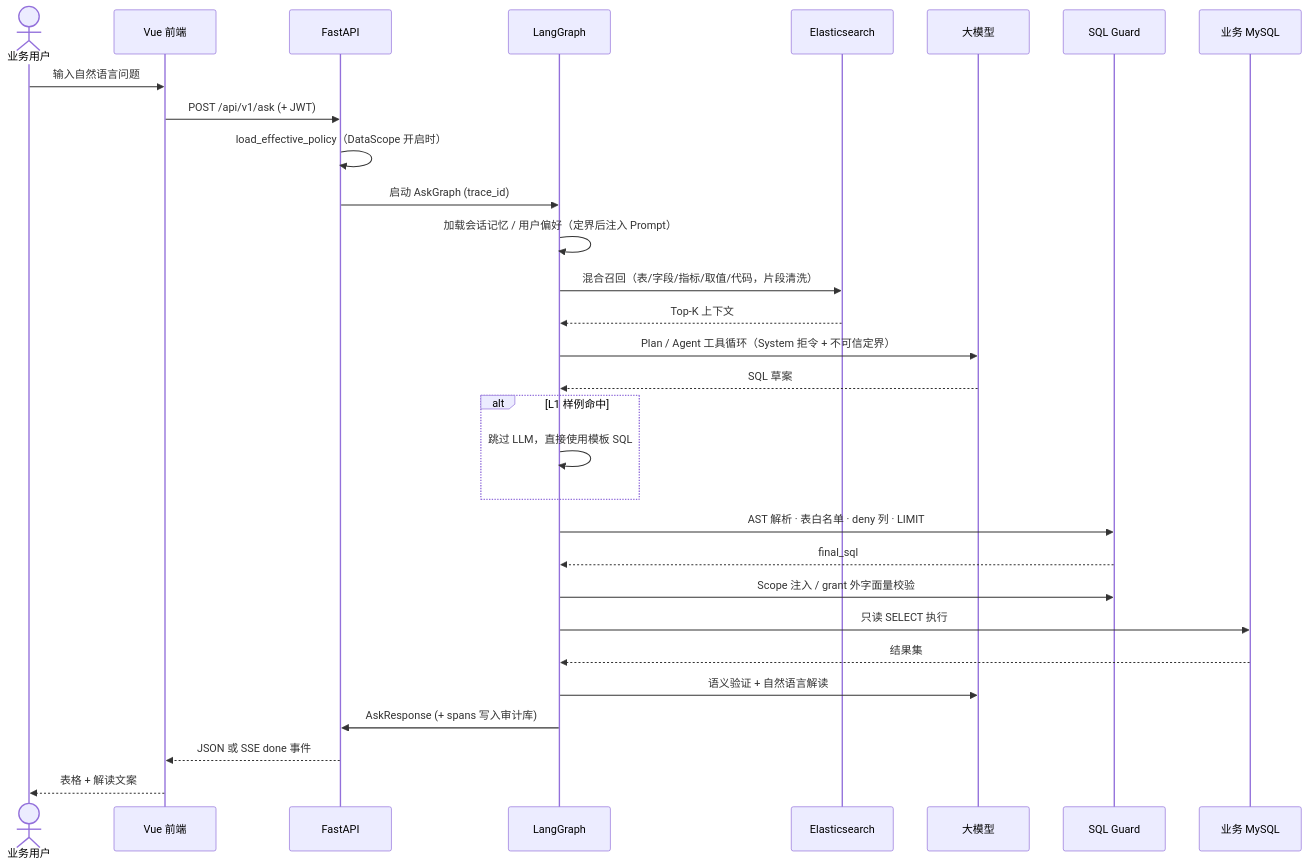
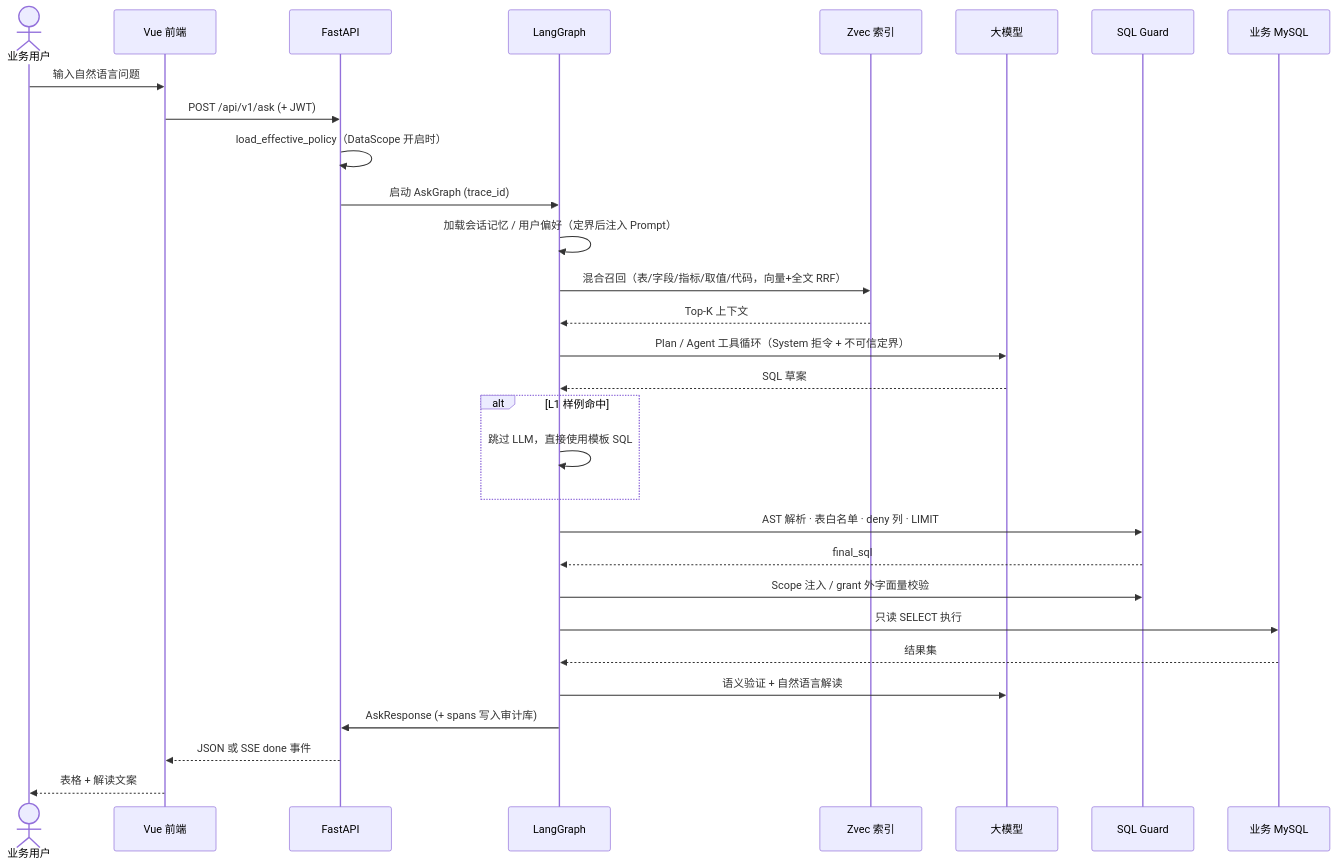
Before and after one commit to yanqiuping110-cloud/xb-data-copilot-bot: the third of 5 diagrams in README.md, drawn with Mermaid. The commit also changed other lines of this file and 47 other files, not shown here.

````diff
--- a/README.md
+++ b/README.md
@@ -159,36 +162,36 @@
 ```mermaid
 sequenceDiagram
     actor User as 业务用户
     participant FE as Vue 前端
     participant API as FastAPI
     participant Graph as LangGraph
-    participant ES as Elasticsearch
+    participant Zvec as Zvec 索引
     participant LLM as 大模型
     participant Guard as SQL Guard
     participant DB as 业务 MySQL
 
     User->>FE: 输入自然语言问题
     FE->>API: POST /api/v1/ask (+ JWT)
     API->>API: load_effective_policy（DataScope 开启时）
     API->>Graph: 启动 AskGraph (trace_id)
 
     Graph->>Graph: 加载会话记忆 / 用户偏好（定界后注入 Prompt）
-    Graph->>ES: 混合召回（表/字段/指标/取值/代码，片段清洗）
-    ES-->>Graph: Top-K 上下文
+    Graph->>Zvec: 混合召回（表/字段/指标/取值/代码，向量+全文 RRF）
+    Zvec-->>Graph: Top-K 上下文
     Graph->>LLM: Plan / Agent 工具循环（System 拒令 + 不可信定界）
     LLM-->>Graph: SQL 草案
 
     alt L1 样例命中
         Graph->>Graph: 跳过 LLM，直接使用模板 SQL
     end
 
     Graph->>Guard: AST 解析 · 表白名单 · deny 列 · LIMIT
     Guard-->>Graph: final_sql
     Graph->>Guard: Scope 注入 / grant 外字面量校验
     Graph->>DB: 只读 SELECT 执行
     DB-->>Graph: 结果集
     Graph->>LLM: 语义验证 + 自然语言解读
     Graph->>API: AskResponse (+ spans 写入审计库)
     API-->>FE: JSON 或 SSE done 事件
     FE-->>User: 表格 + 解读文案
 ```
````
